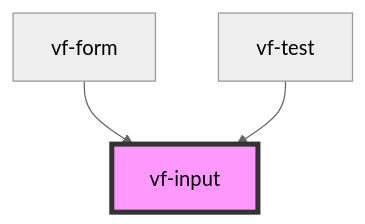
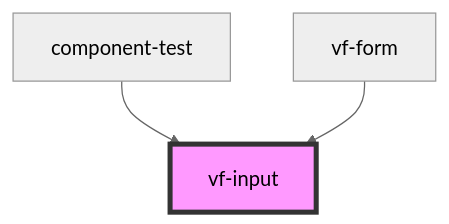
One commit to ols87/formable changed the diagram in src/components/input/readme.md. Above: the diagram before and after it, drawn with Mermaid (neutral theme). The commit also changed other lines of this file and 28 other files, not shown here.

````diff
--- a/src/components/input/readme.md
+++ b/src/components/input/readme.md
@@ -35,6 +35,6 @@
 ```mermaid
 graph TD;
+  component-test --> vf-input
   vf-form --> vf-input
-  vf-test --> vf-input
   style vf-input fill:#f9f,stroke:#333,stroke-width:4px
 ```
````
